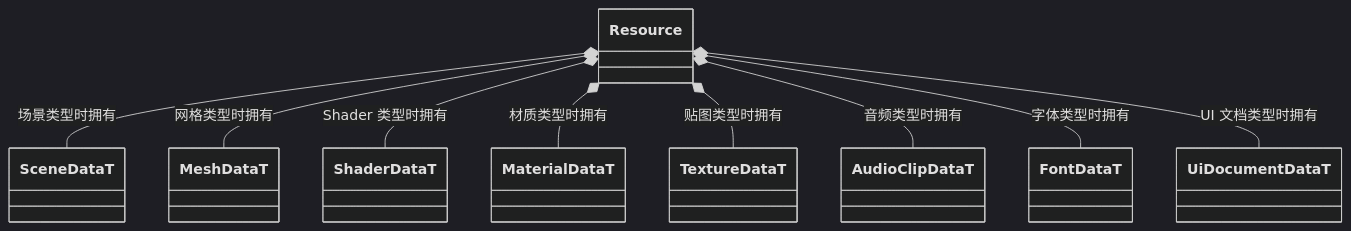
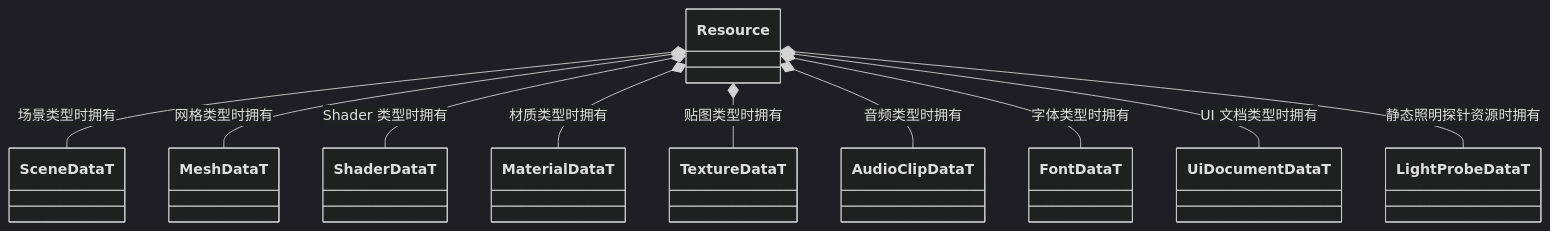
One commit to lcals/Engine changed the second of 2 diagrams in docs/runtime/class-diagrams/resource.md. Above: the diagram before and after it, drawn with Mermaid (dark theme). The commit also changed other lines of this file and 305 other files, not shown here.

````diff
--- a/docs/runtime/class-diagrams/resource.md
+++ b/docs/runtime/class-diagrams/resource.md
@@ -32,19 +33,21 @@
 ```mermaid
 classDiagram
     direction TB
     class Resource
     class SceneDataT
     class MeshDataT
     class ShaderDataT
     class MaterialDataT
     class TextureDataT
     class AudioClipDataT
+    class LightProbeDataT
     Resource *-- SceneDataT : 场景类型时拥有
     Resource *-- MeshDataT : 网格类型时拥有
     Resource *-- ShaderDataT : Shader 类型时拥有
     Resource *-- MaterialDataT : 材质类型时拥有
     Resource *-- TextureDataT : 贴图类型时拥有
     Resource *-- AudioClipDataT : 音频类型时拥有
     Resource *-- FontDataT : 字体类型时拥有
     Resource *-- UiDocumentDataT : UI 文档类型时拥有
+    Resource *-- LightProbeDataT : 静态照明探针资源时拥有
 ```
````
